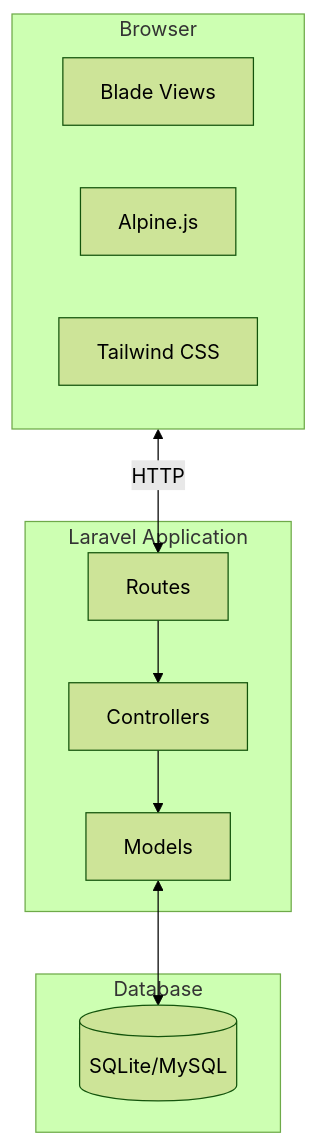
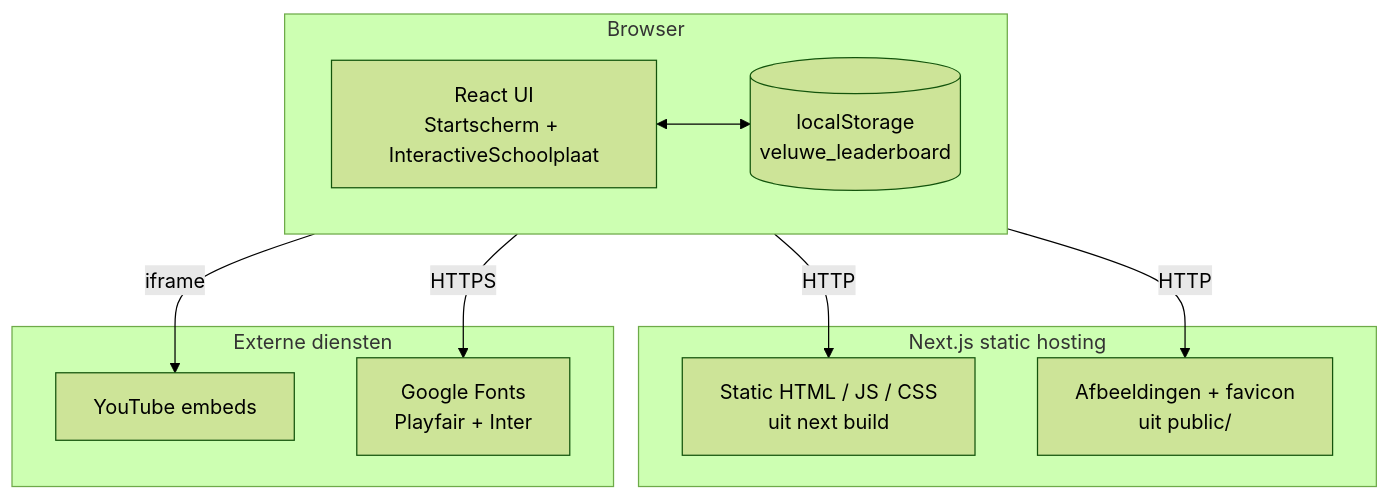
One commit to aventus-jesse-vasco/project-veluwe changed the eighth of 9 diagrams in docs/FUNCTIONEEL_TECHNISCH_ONTWERP.md. Above: the diagram before and after it, drawn with Mermaid (forest theme). The commit also changed other lines of this file, not shown here.

First line of the commit message:
docs: rewrite FTO to match Next.js stack and full project scope

````diff
--- a/docs/FUNCTIONEEL_TECHNISCH_ONTWERP.md
+++ b/docs/FUNCTIONEEL_TECHNISCH_ONTWERP.md
@@ -306,23 +517,23 @@
 ```mermaid
 flowchart TB
-    subgraph Client[Browser]
-        Views[Blade Views]
-        Alpine[Alpine.js]
-        CSS[Tailwind CSS]
+    subgraph Browser
+        UI[React UI<br/>Startscherm + InteractiveSchoolplaat]
+        LS[(localStorage<br/>veluwe_leaderboard)]
+        UI <--> LS
     end
 
-    subgraph Laravel[Laravel Application]
-        Routes[Routes]
-        Controllers[Controllers]
-        Models[Models]
+    subgraph Server[Next.js static hosting]
+        Static[Static HTML / JS / CSS<br/>uit next build]
+        Assets[Afbeeldingen + favicon<br/>uit public/]
     end
 
-    subgraph DB[Database]
-        SQLite[(SQLite/MySQL)]
+    subgraph External[Externe diensten]
+        YT[YouTube embeds]
+        Fonts[Google Fonts<br/>Playfair + Inter]
     end
 
-    Client <-->|HTTP| Routes
-    Routes --> Controllers
-    Controllers --> Models
-    Models <--> SQLite
+    Browser -- HTTP --> Static
+    Browser -- HTTP --> Assets
+    Browser -- iframe --> YT
+    Browser -- HTTPS --> Fonts
 ```
````
